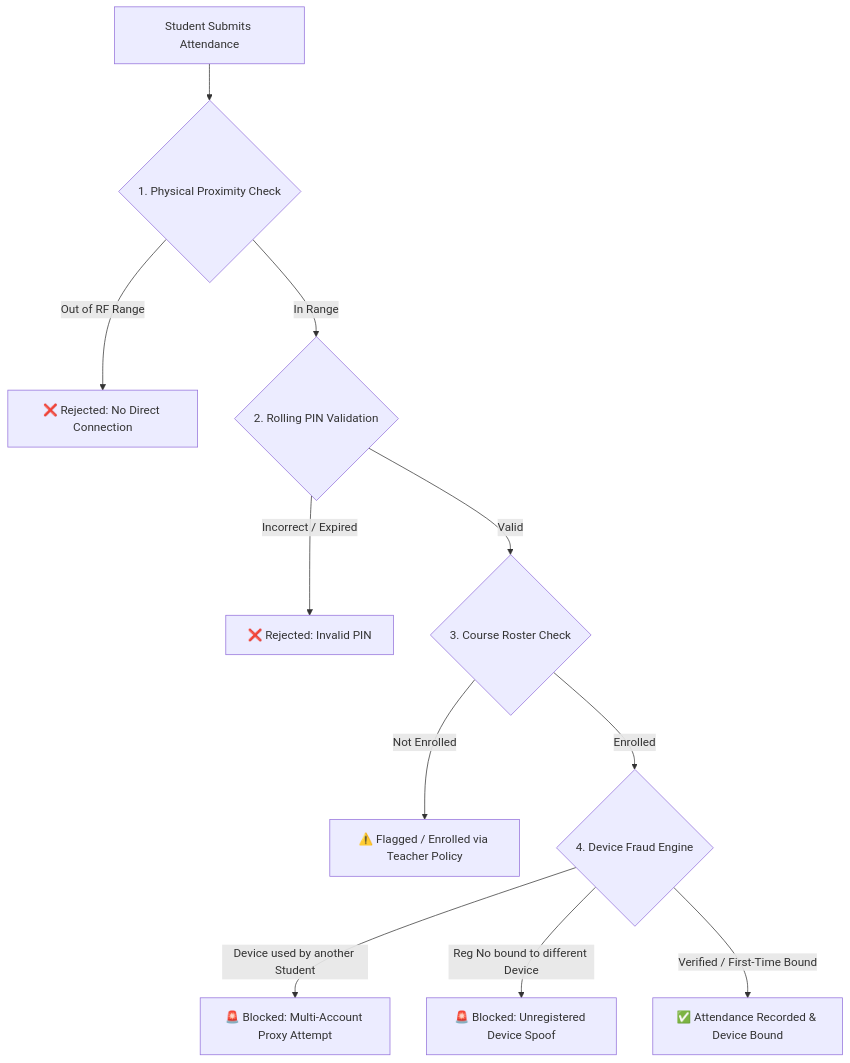
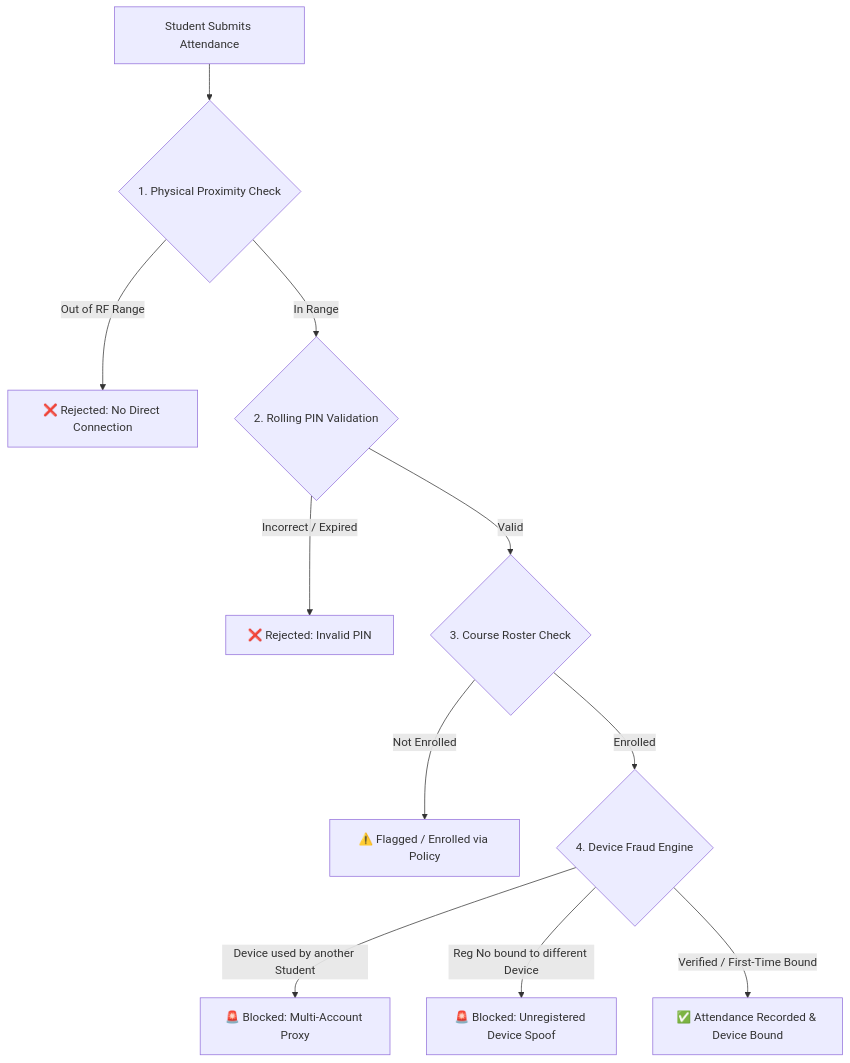
Before and after one commit to borno18/Android-Project: the first of 3 diagrams in README.md, drawn with Mermaid. The commit also changed other lines of this file, not shown here.

Commit message:
Fix Mermaid syntax in README.md for GitHub markdown renderer

````diff
--- a/README.md
+++ b/README.md
@@ -118,13 +118,13 @@
 ```mermaid
 graph TD
-    A[Student Submits Attendance] --> B{1. Physical Proximity Check}
-    B -- Out of RF Range --> X[❌ Rejected: No Direct Connection]
-    B -- In Range --> C{2. Rolling PIN Validation}
-    C -- Incorrect / Expired --> Y[❌ Rejected: Invalid PIN]
-    C -- Valid --> D{3. Course Roster Check}
-    D -- Not Enrolled --> Z[⚠️ Flagged / Enrolled via Teacher Policy]
-    D -- Enrolled --> E{4. Device Fraud Engine}
-    E -- Device used by another Student --> F[🚨 Blocked: Multi-Account Proxy Attempt]
-    E -- Reg No bound to different Device --> G[🚨 Blocked: Unregistered Device Spoof]
-    E -- Verified / First-Time Bound --> H[✅ Attendance Recorded & Device Bound]
+    A["Student Submits Attendance"] --> B{"1. Physical Proximity Check"}
+    B -- Out of RF Range --> X["❌ Rejected: No Direct Connection"]
+    B -- In Range --> C{"2. Rolling PIN Validation"}
+    C -- Incorrect / Expired --> Y["❌ Rejected: Invalid PIN"]
+    C -- Valid --> D{"3. Course Roster Check"}
+    D -- Not Enrolled --> Z["⚠️ Flagged / Enrolled via Policy"]
+    D -- Enrolled --> E{"4. Device Fraud Engine"}
+    E -- Device used by another Student --> F["🚨 Blocked: Multi-Account Proxy"]
+    E -- Reg No bound to different Device --> G["🚨 Blocked: Unregistered Device Spoof"]
+    E -- Verified / First-Time Bound --> H["✅ Attendance Recorded & Device Bound"]
 ```
````
